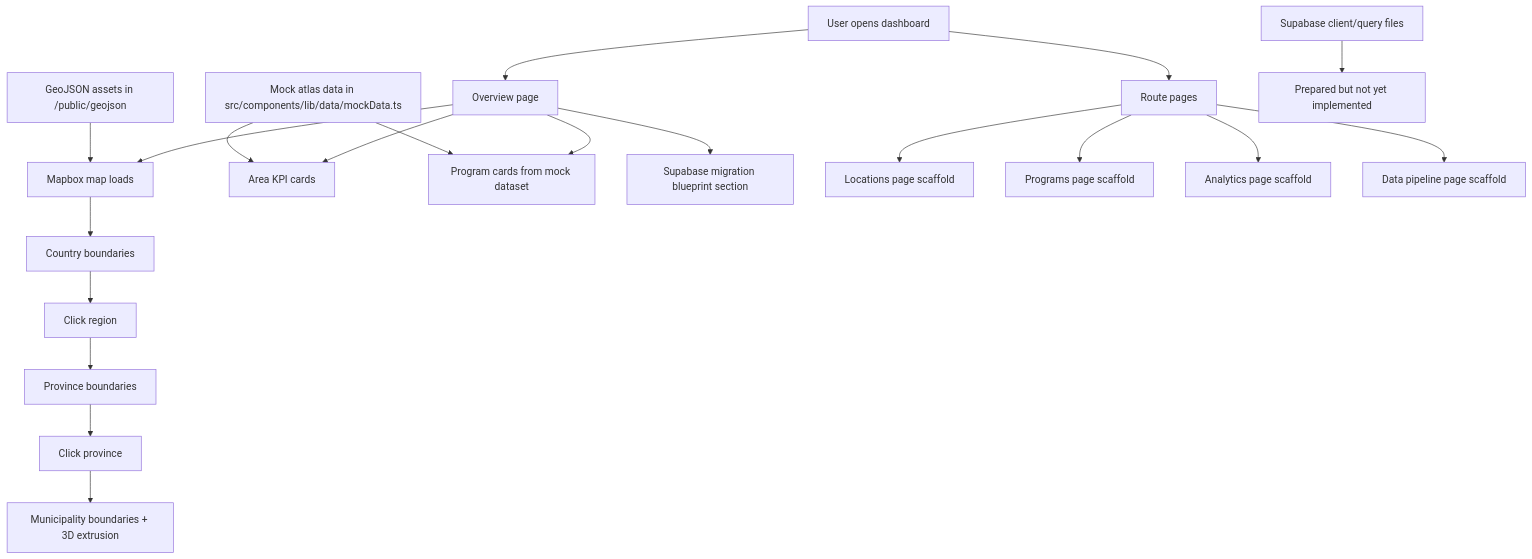
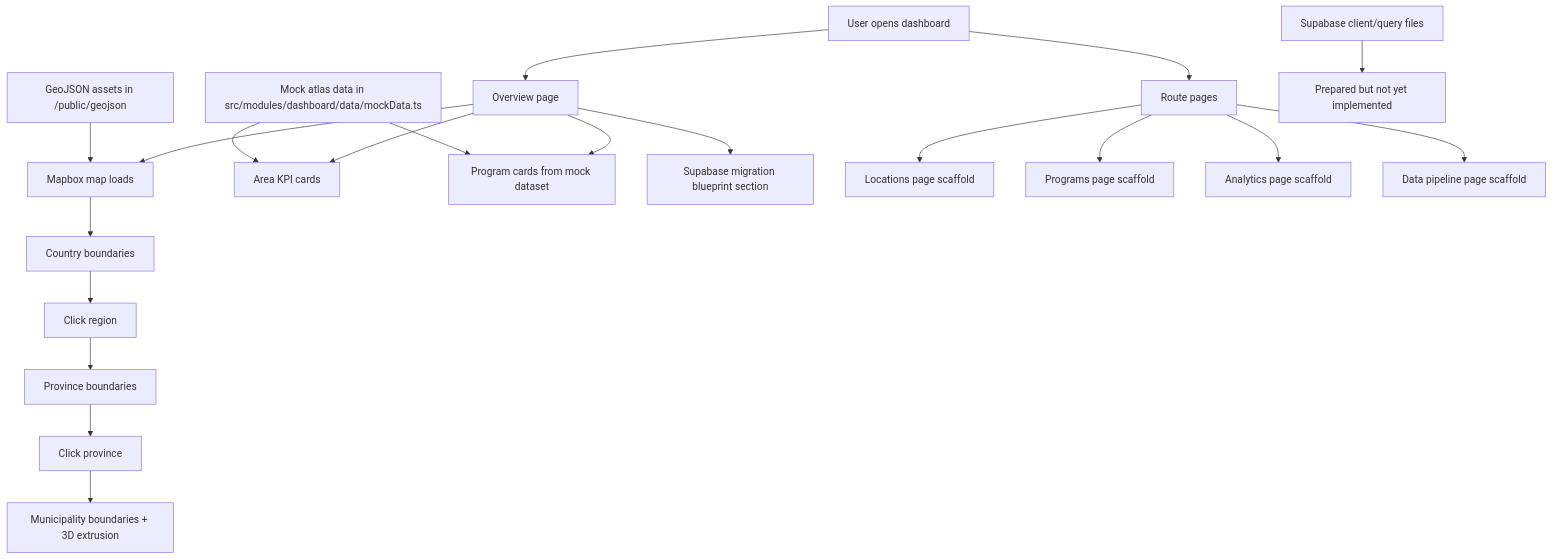
Before and after one commit to JeydiDJ/tesda-tvet-site: the diagram in README.md, drawn with Mermaid. The commit also changed 39 other files, not shown here.

````diff
--- a/README.md
+++ b/README.md
@@ -21,26 +21,26 @@
 ```mermaid
 flowchart TD
   A[User opens dashboard] --> B[Overview page]
   B --> C[Mapbox map loads]
   C --> D[Country boundaries]
   D --> E[Click region]
   E --> F[Province boundaries]
   F --> G[Click province]
   G --> H[Municipality boundaries + 3D extrusion]
 
   B --> I[Area KPI cards]
   B --> J[Program cards from mock dataset]
   B --> K[Supabase migration blueprint section]
 
   A --> L[Route pages]
   L --> M[Locations page scaffold]
   L --> N[Programs page scaffold]
   L --> O[Analytics page scaffold]
   L --> P[Data pipeline page scaffold]
 
   Q[GeoJSON assets in /public/geojson] --> C
-  R[Mock atlas data in src/components/lib/data/mockData.ts] --> I
+  R[Mock atlas data in src/modules/dashboard/data/mockData.ts] --> I
   R --> J
 
   S[Supabase client/query files] --> T[Prepared but not yet implemented]
 ```
````
